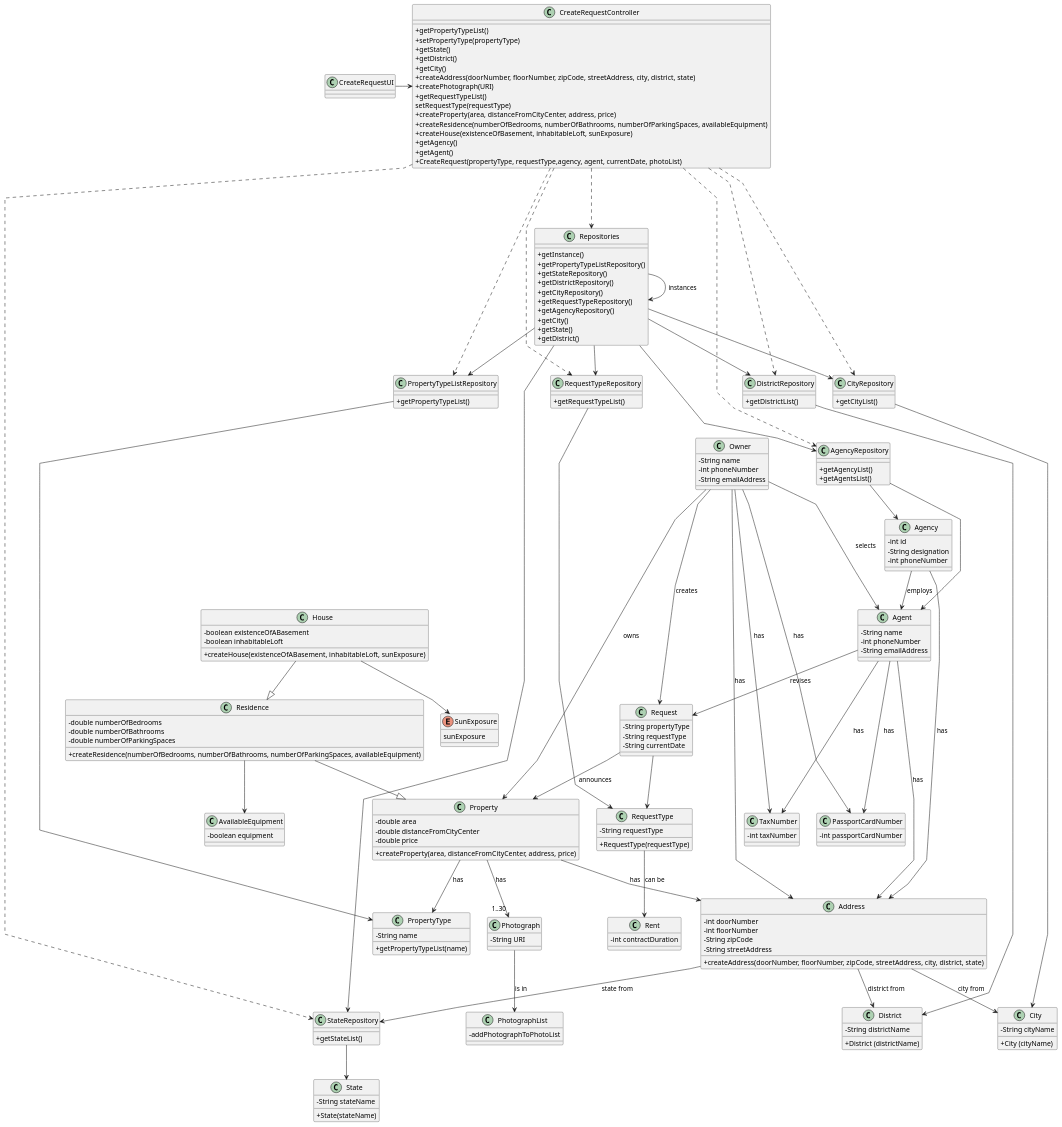
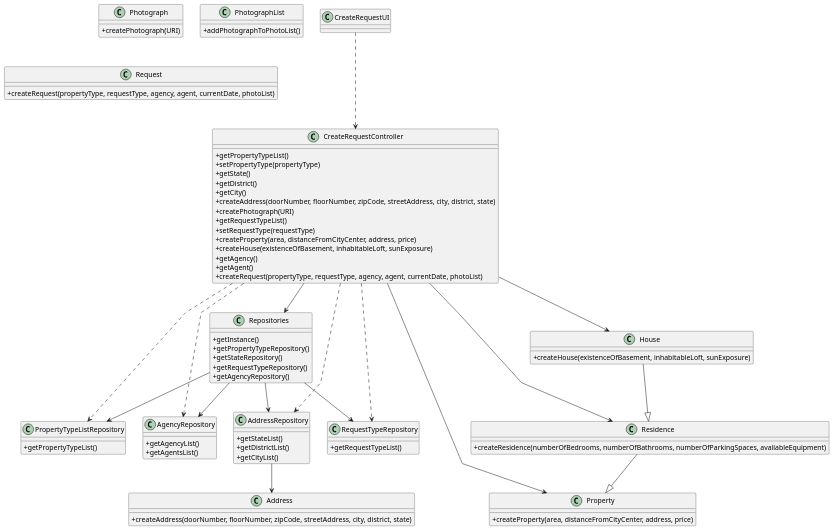
Before and after one commit to 1220812/LAPR2: the diagram in docs/sprintB/us004/03.design/puml/us004-class-diagram.puml, drawn with PlantUML. The commit also changed 17 other files, not shown here.

```diff
--- a/docs/sprintB/us004/03.design/puml/us004-class-diagram.puml
+++ b/docs/sprintB/us004/03.design/puml/us004-class-diagram.puml
@@ -15,41 +15,54 @@
 +createAddress(doorNumber, floorNumber, zipCode, streetAddress, city, district, state)
 +createPhotograph(URI)
 +getRequestTypeList()
-setRequestType(requestType)
++setRequestType(requestType)
 +createProperty(area, distanceFromCityCenter, address, price)
-+createResidence(numberOfBedrooms, numberOfBathrooms, numberOfParkingSpaces, availableEquipment)
 +createHouse(existenceOfBasement, inhabitableLoft, sunExposure)
 +getAgency()
 +getAgent()
-+CreateRequest(propertyType, requestType,agency, agent, currentDate, photoList)
++createRequest(propertyType, requestType, agency, agent, currentDate, photoList)
 }
 
 class Repositories{
 +getInstance()
-+getPropertyTypeListRepository()
++getPropertyTypeRepository()
 +getStateRepository()
-+getDistrictRepository()
-+getCityRepository()
 +getRequestTypeRepository()
 +getAgencyRepository()
-+getCity()
-+getState()
-+getDistrict()
 }
 
 class PropertyTypeListRepository{
 +getPropertyTypeList()
 }
 
-class StateRepository{
-+getStateList()
+class AgencyRepository{
++getAgencyList()
++getAgentsList()
 }
 
-class DistrictRepository{
-+getDistrictList()
+class Property{
++createProperty(area, distanceFromCityCenter, address, price)
 }
 
-class CityRepository{
+class Residence{
++createResidence(numberOfBedrooms, numberOfBathrooms, numberOfParkingSpaces, availableEquipment)
+}
+
+class House{
++createHouse(existenceOfBasement, inhabitableLoft, sunExposure)
+}
+
+class Photograph{
++createPhotograph(URI)
+}
+
+class PhotographList{
++addPhotographToPhotoList()
+}
+
+class AddressRepository{
++getStateList()
++getDistrictList()
 +getCityList()
 }
 
@@ -57,186 +70,36 @@
 +getRequestTypeList()
 }
 
-class AgencyRepository{
-+getAgencyList()
-+getAgentsList()
-}
-
-class Photograph{
-- String URI
-}
-
-
-class PhotographList{
--addPhotographToPhotoList
+class Address{
++createAddress(doorNumber, floorNumber, zipCode, streetAddress, city, district, state)
 }
 
 class Request{
--String propertyType
--String requestType
--String currentDate
++createRequest(propertyType, requestType, agency, agent, currentDate, photoList)
 }
 
-class Property{
--double area
--double distanceFromCityCenter
--double price
-+createProperty(area, distanceFromCityCenter, address, price)
-}
+CreateRequestUI -.-> CreateRequestController
 
-class Residence{
--double numberOfBedrooms
--double numberOfBathrooms
--double numberOfParkingSpaces
-+createResidence(numberOfBedrooms, numberOfBathrooms, numberOfParkingSpaces, availableEquipment)
-}
+CreateRequestController --> Repositories
+CreateRequestController -.-> RequestTypeRepository
+CreateRequestController -.-> PropertyTypeListRepository
+CreateRequestController -.-> AgencyRepository
+CreateRequestController -.-> AddressRepository
 
-class AvailableEquipment{
--boolean equipment
-}
+Repositories --> RequestTypeRepository
+Repositories --> PropertyTypeListRepository
+Repositories --> AgencyRepository
+Repositories --> AddressRepository
 
-class House{
--boolean existenceOfABasement
--boolean inhabitableLoft
-+createHouse(existenceOfABasement, inhabitableLoft, sunExposure)
-}
+AddressRepository --> Address
 
-enum SunExposure{
-sunExposure
-}
+CreateRequestController --> Property
+CreateRequestController --> Residence
+CreateRequestController --> House
 
-class Address{
--int doorNumber
--int floorNumber
--String zipCode
--String streetAddress
-+createAddress(doorNumber, floorNumber, zipCode, streetAddress, city, district, state)
-}
-
-class State{
--String stateName
-+State(stateName)
-}
-
-class District{
--String districtName
-+District (districtName)
-}
-
-class City{
--String cityName
-+City (cityName)
-}
-
-class Rent{
--int contractDuration
-}
-
-class RequestType{
--String requestType
-+RequestType(requestType)
-}
-
-class Owner{
--String name
--int phoneNumber
--String emailAddress
-}
-
-class Agent{
--String name
--int phoneNumber
--String emailAddress
-}
-
-class TaxNumber{
--int taxNumber
-}
-
-class PassportCardNumber{
--int passportCardNumber
-}
-
-class PropertyType{
--String name
-+getPropertyTypeList(name)
-}
-
-class Agency{
--int id
--String designation
--int phoneNumber
-}
-
-CreateRequestUI -> CreateRequestController
-
-CreateRequestController -.-> Repositories
-CreateRequestController -.-> PropertyTypeListRepository
-CreateRequestController -.-> RequestTypeRepository
-CreateRequestController -.-> AgencyRepository
-CreateRequestController -.-> CityRepository
-CreateRequestController -.-> DistrictRepository
-CreateRequestController -.-> StateRepository
-
-Repositories --> Repositories : instances
-Repositories --> PropertyTypeListRepository
-Repositories --> RequestTypeRepository
-Repositories ---> AgencyRepository
-Repositories --> CityRepository
-Repositories --> DistrictRepository
-Repositories --> StateRepository
-
-PropertyTypeListRepository -> PropertyType
+Residence --|> Property
 
 House --|> Residence
-House --> SunExposure
-
-Residence --|> Property
-Residence --> AvailableEquipment
-
-Property --> PropertyType : has
-Property --> "1..30" Photograph : has
-Property --> Address : has
-
-AgencyRepository --> Agency
-
-Agency --> Address : has
-Agency --> Agent : employs
-
-Photograph --> PhotographList : is in
-
-StateRepository --> State
-
-DistrictRepository --> District
-
-CityRepository --> City
-
-Owner --> Property : owns
-Owner ---> Request : creates
-Owner --> Address : has
-Owner ---> TaxNumber : has
-Owner ---> PassportCardNumber : has
-Owner ---> Agent : selects
-
-RequestType --> Rent : can be
-Request --> RequestType
-
-RequestTypeRepository --> RequestType
-Agent --> Request : revises
-Agent ---> Address : has
-Agent ---> TaxNumber : has
-Agent ---> PassportCardNumber : has
-
-Request --> Property : announces
-
-Address --> StateRepository : state from
-
-Address --> District : district from
-
-Address --> City : city from
-
-AgencyRepository --> Agent
-
 
 
 
```
